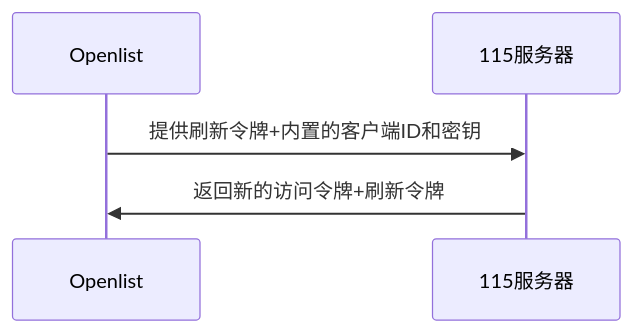
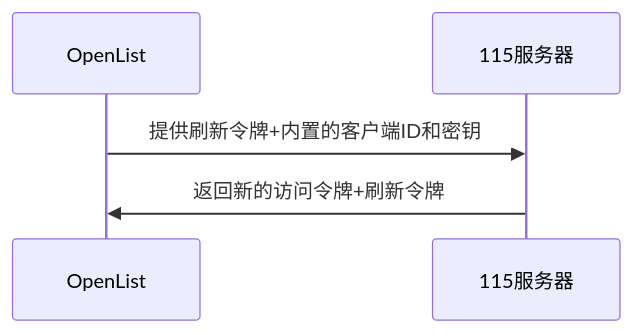
One commit to xrgzs/OpenList-Docs changed the second of 6 diagrams in pages/guide/drivers/115_open.md. Above: the diagram before and after it, drawn with Mermaid. The commit also changed other lines of this file and 12 other files, not shown here.

Commit message:
chore(typo): replace `Openlist` to `OpenList` (#48)

````diff
--- a/pages/guide/drivers/115_open.md
+++ b/pages/guide/drivers/115_open.md
@@ -221,7 +221,7 @@
 ```mermaid
 sequenceDiagram
-  participant  Openlist
+  participant  OpenList
   participant  115服务器
-  Openlist->>115服务器: 提供刷新令牌+内置的客户端ID和密钥
-  115服务器->>Openlist: 返回新的访问令牌+刷新令牌
+  OpenList->>115服务器: 提供刷新令牌+内置的客户端ID和密钥
+  115服务器->>OpenList: 返回新的访问令牌+刷新令牌
 ```
````
